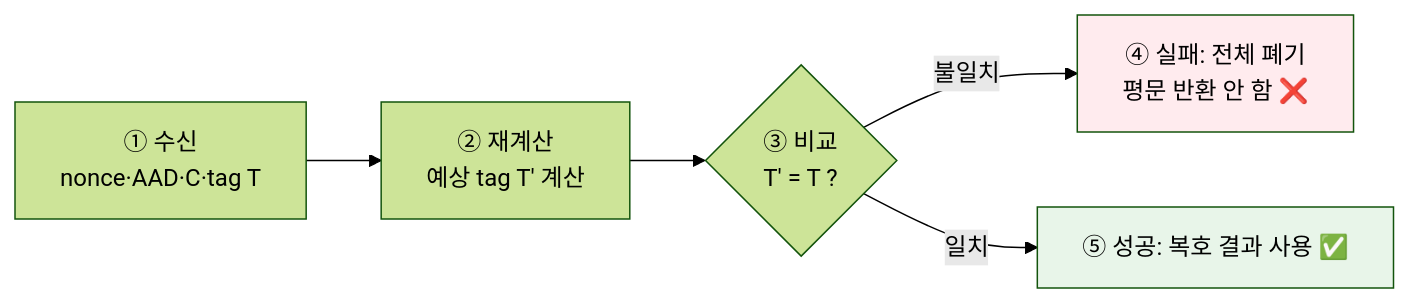
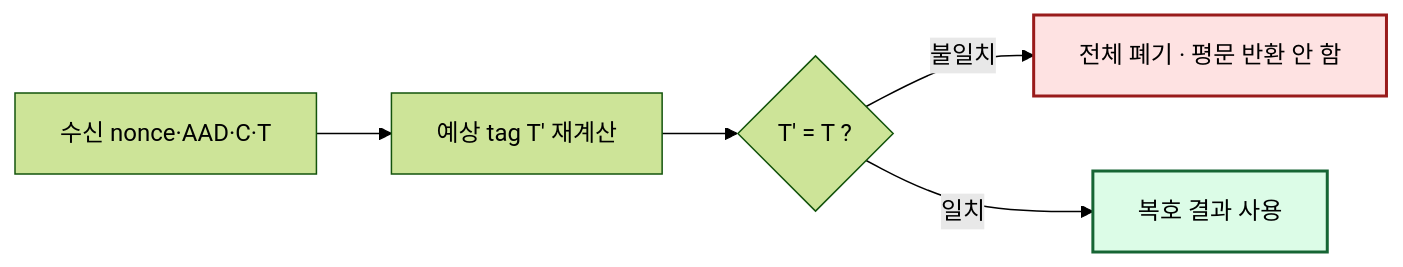
One commit to KMUTMU/information-security changed diagram 11 of 12 in 02_대칭키암호_정리.md. Above: the diagram before and after it, drawn with Mermaid (forest theme). The commit also changed other lines of this file and 5 other files, not shown here.

Commit message:
Mermaid 다이어그램 가독성 개선: 짧은 라벨·이모지 제거·색상 최소화

````diff
--- a/02_대칭키암호_정리.md
+++ b/02_대칭키암호_정리.md
@@ -445,9 +420,10 @@
 ```mermaid
 flowchart LR
-    R["① 수신<br/>nonce·AAD·C·tag T"] --> R2["② 재계산<br/>예상 tag T' 계산"]
-    R2 --> R3{"③ 비교<br/>T' = T ?"}
-    R3 -->|불일치| F["④ 실패: 전체 폐기<br/>평문 반환 안 함 ❌"]
-    R3 -->|일치| OK["⑤ 성공: 복호 결과 사용 ✅"]
-    style F fill:#ffebee
-    style OK fill:#e8f5e9
+    R["수신 nonce·AAD·C·T"] --> R2["예상 tag T' 재계산"] --> R3{"T' = T ?"}
+    R3 -->|불일치| F["전체 폐기 · 평문 반환 안 함"]
+    R3 -->|일치| OK["복호 결과 사용"]
+    classDef bad fill:#fee2e2,stroke:#991b1b,stroke-width:2px
+    classDef ok fill:#dcfce7,stroke:#166534,stroke-width:2px
+    class F bad
+    class OK ok
 ```
````
